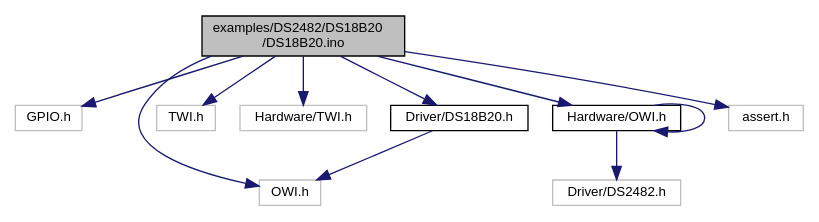
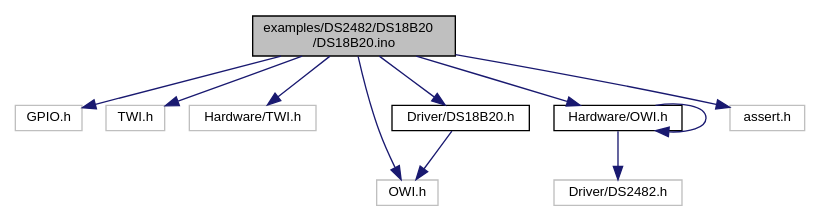
Before and after one commit to mikaelpatel/mikaelpatel.github.io: the diagram in Arduino-OWI/d4/d62/DS2482_2DS18B20_2DS18B20_8ino__incl.dot, drawn with Graphviz. The commit also changed 128 other files, not shown here.

```diff
--- a/Arduino-OWI/d4/d62/DS2482_2DS18B20_2DS18B20_8ino__incl.dot
+++ b/Arduino-OWI/d4/d62/DS2482_2DS18B20_2DS18B20_8ino__incl.dot
@@ -1,24 +1,24 @@
 digraph "examples/DS2482/DS18B20/DS18B20.ino"
 {
   edge [fontname="Helvetica",fontsize="10",labelfontname="Helvetica",labelfontsize="10"];
   node [fontname="Helvetica",fontsize="10",shape=record];
   Node1 [label="examples/DS2482/DS18B20\l/DS18B20.ino",height=0.2,width=0.4,color="black", fillcolor="grey75", style="filled", fontcolor="black"];
   Node1 -> Node2 [color="midnightblue",fontsize="10",style="solid",fontname="Helvetica"];
   Node2 [label="GPIO.h",height=0.2,width=0.4,color="grey75", fillcolor="white", style="filled"];
   Node1 -> Node3 [color="midnightblue",fontsize="10",style="solid",fontname="Helvetica"];
-  Node3 [label="OWI.h",height=0.2,width=0.4,color="grey75", fillcolor="white", style="filled"];
+  Node3 [label="TWI.h",height=0.2,width=0.4,color="grey75", fillcolor="white", style="filled"];
   Node1 -> Node4 [color="midnightblue",fontsize="10",style="solid",fontname="Helvetica"];
-  Node4 [label="TWI.h",height=0.2,width=0.4,color="grey75", fillcolor="white", style="filled"];
+  Node4 [label="Hardware/TWI.h",height=0.2,width=0.4,color="grey75", fillcolor="white", style="filled"];
   Node1 -> Node5 [color="midnightblue",fontsize="10",style="solid",fontname="Helvetica"];
-  Node5 [label="Hardware/TWI.h",height=0.2,width=0.4,color="grey75", fillcolor="white", style="filled"];
+  Node5 [label="OWI.h",height=0.2,width=0.4,color="grey75", fillcolor="white", style="filled"];
   Node1 -> Node6 [color="midnightblue",fontsize="10",style="solid",fontname="Helvetica"];
   Node6 [label="Hardware/OWI.h",height=0.2,width=0.4,color="black", fillcolor="white", style="filled",URL="$dc/dfe/Hardware_2OWI_8h.html"];
   Node6 -> Node6 [color="midnightblue",fontsize="10",style="solid",fontname="Helvetica"];
   Node6 -> Node7 [color="midnightblue",fontsize="10",style="solid",fontname="Helvetica"];
   Node7 [label="Driver/DS2482.h",height=0.2,width=0.4,color="grey75", fillcolor="white", style="filled"];
   Node1 -> Node8 [color="midnightblue",fontsize="10",style="solid",fontname="Helvetica"];
   Node8 [label="Driver/DS18B20.h",height=0.2,width=0.4,color="black", fillcolor="white", style="filled",URL="$d4/d9d/DS18B20_8h.html"];
-  Node8 -> Node3 [color="midnightblue",fontsize="10",style="solid",fontname="Helvetica"];
+  Node8 -> Node5 [color="midnightblue",fontsize="10",style="solid",fontname="Helvetica"];
   Node1 -> Node9 [color="midnightblue",fontsize="10",style="solid",fontname="Helvetica"];
   Node9 [label="assert.h",height=0.2,width=0.4,color="grey75", fillcolor="white", style="filled"];
 }
```
